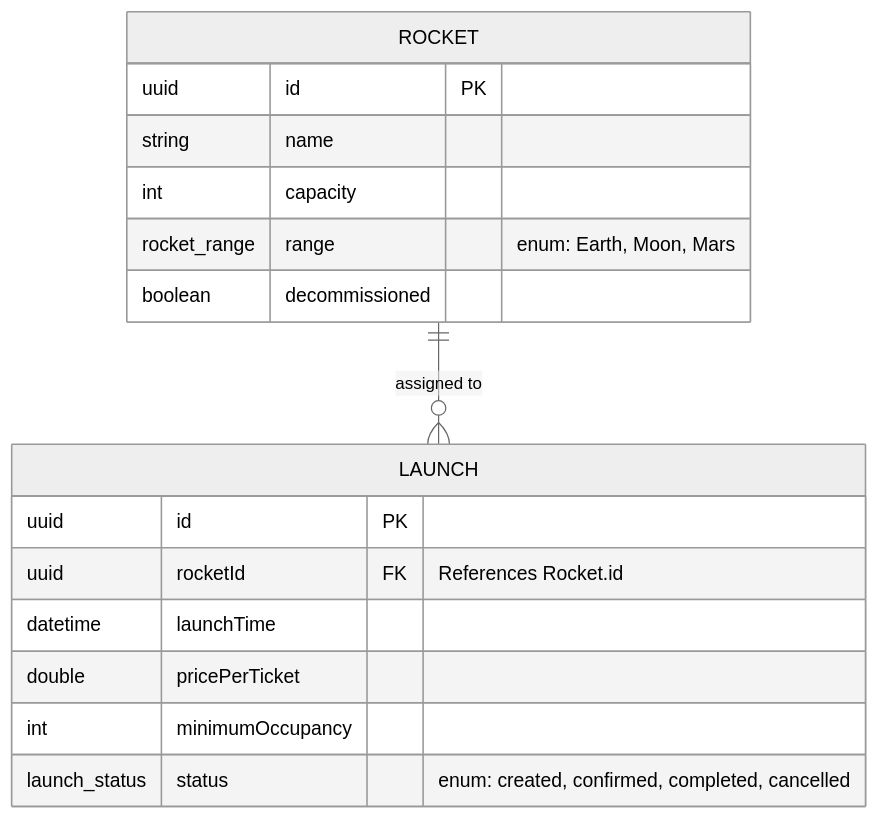
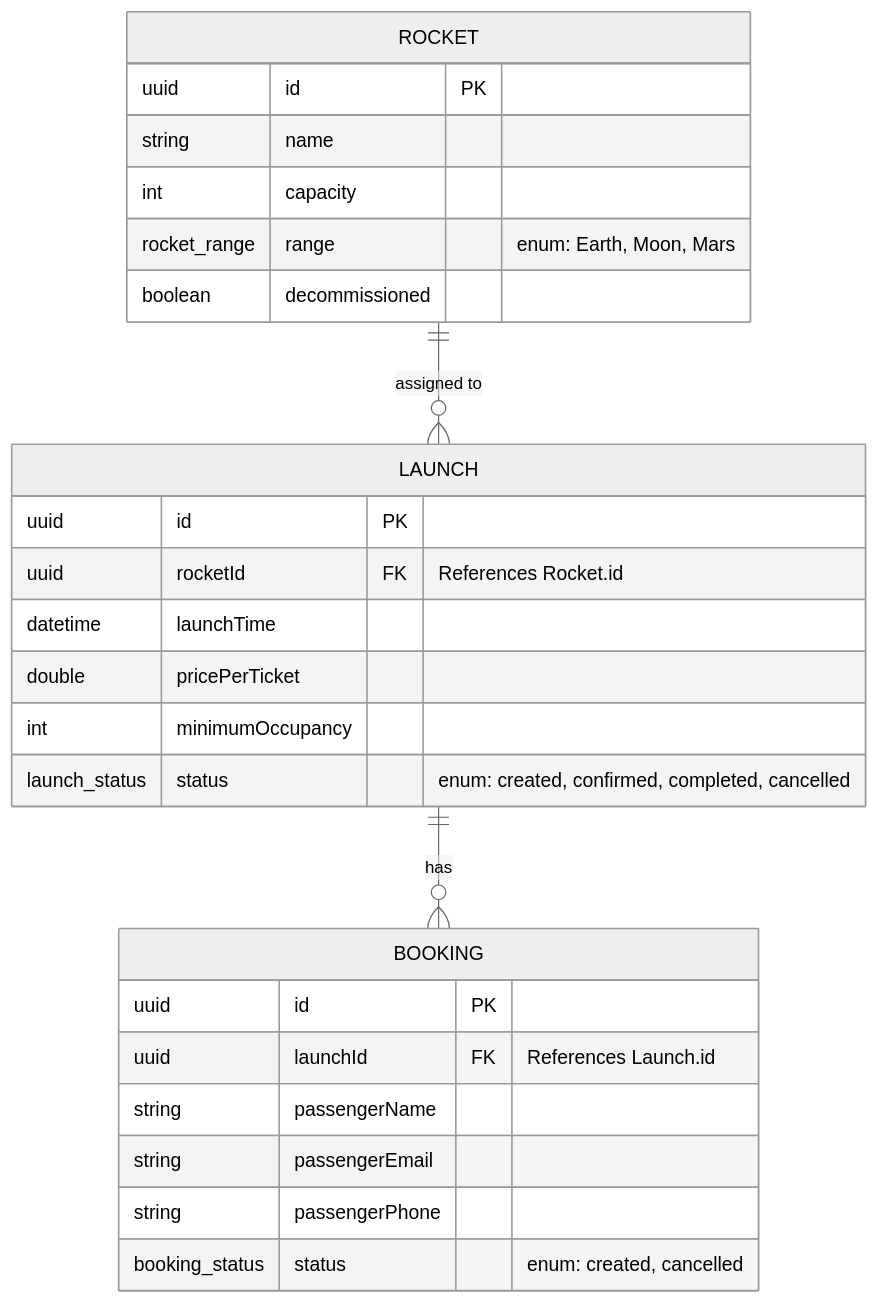
Before and after one commit to AlbertoBasaloAcademy/dipta-sdd-java: the diagram in .product/arch/ER.md, drawn with Mermaid (neutral theme). The commit also changed other lines of this file and 5 other files, not shown here.

Commit message:
docs: architecture updates

````diff
--- a/.product/arch/ER.md
+++ b/.product/arch/ER.md
@@ -9,21 +9,31 @@
 ```mermaid
 erDiagram
     ROCKET ||--o{ LAUNCH : "assigned to"
+    LAUNCH ||--o{ BOOKING : "has"
     
     ROCKET {
         uuid id PK
         string name
         int capacity
         rocket_range range "enum: Earth, Moon, Mars"
         boolean decommissioned
     }
 
     LAUNCH {
         uuid id PK
         uuid rocketId FK "References Rocket.id"
         datetime launchTime
         double pricePerTicket
         int minimumOccupancy
         launch_status status "enum: created, confirmed, completed, cancelled"
     }
+
+    BOOKING {
+        uuid id PK
+        uuid launchId FK "References Launch.id"
+        string passengerName
+        string passengerEmail
+        string passengerPhone
+        booking_status status "enum: created, cancelled"
+    }
 ```
````
